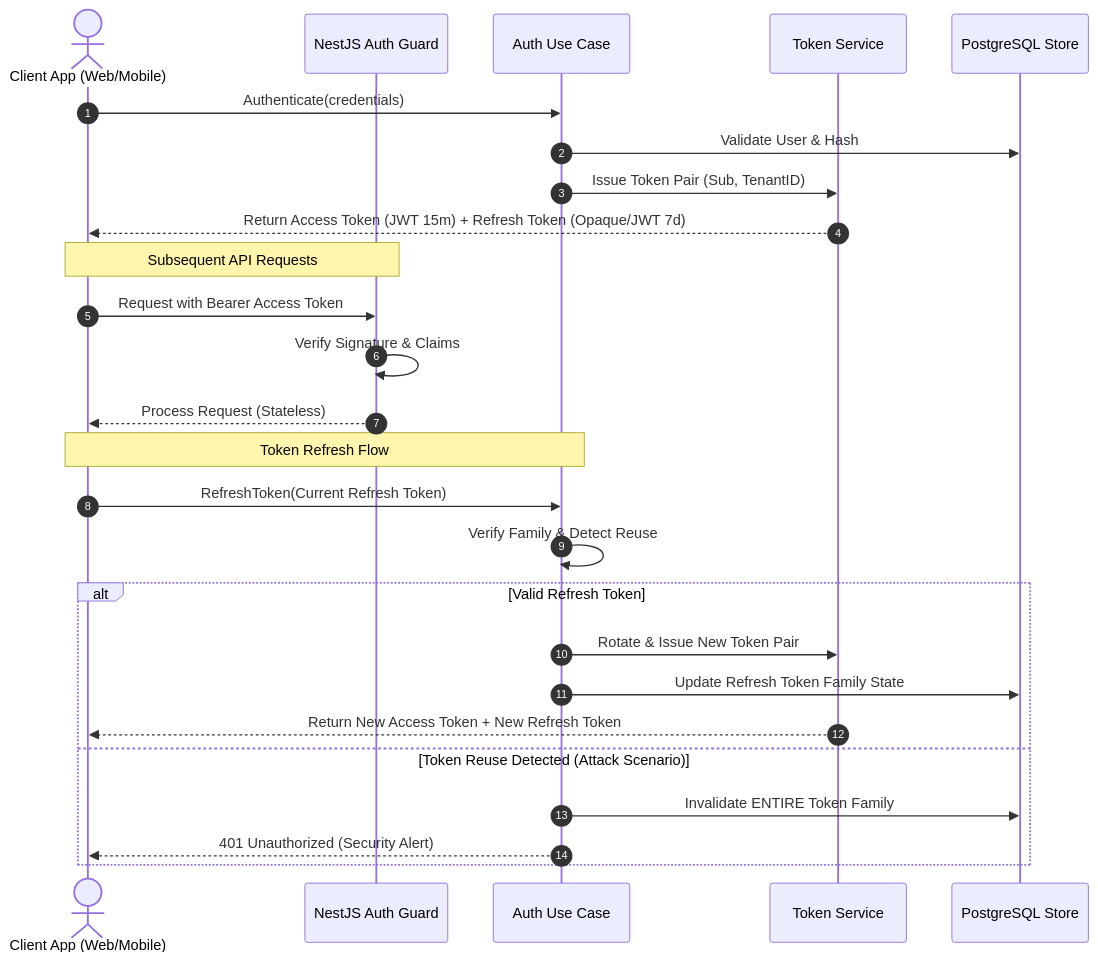
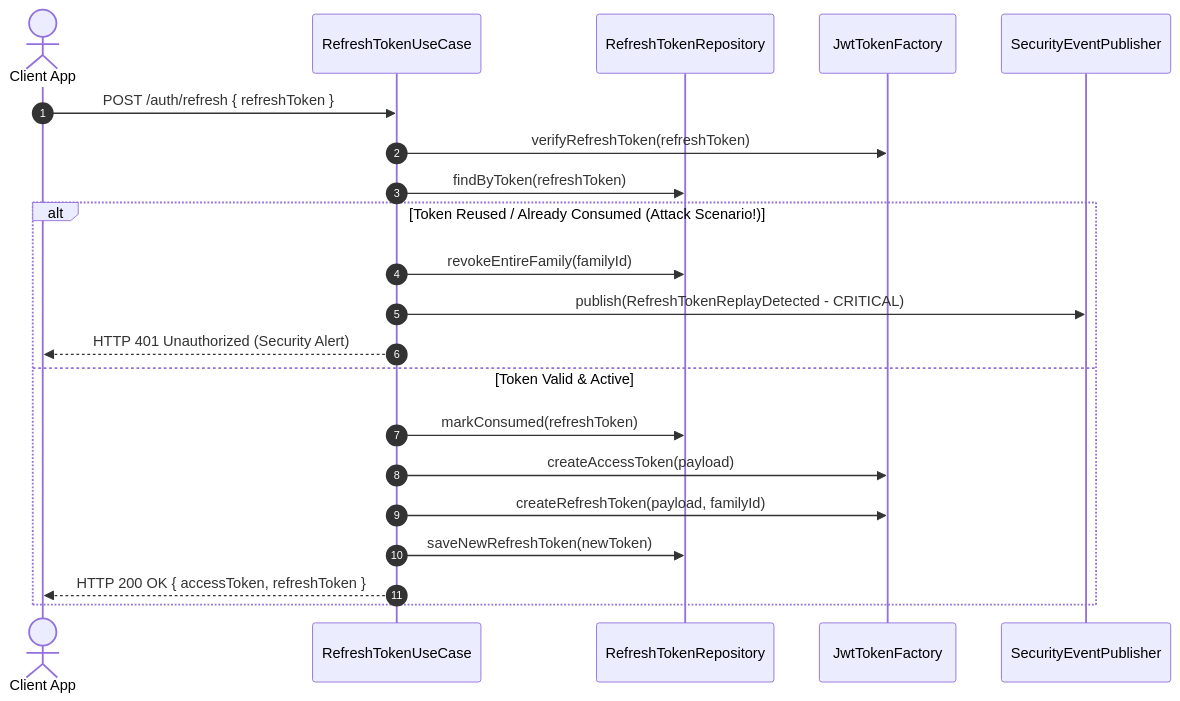
Before and after one commit to izzydin/kinergy-platform: the third of 3 diagrams in docs/security/authentication.md, drawn with Mermaid. The commit also changed other lines of this file, not shown here.

Commit message:
docs(auth): update authentication documentation

````diff
--- a/docs/security/authentication.md
+++ b/docs/security/authentication.md
@@ -20,31 +111,24 @@
 ```mermaid
 sequenceDiagram
     autonumber
-    actor Client as Client App (Web/Mobile)
-    participant AuthGuard as NestJS Auth Guard
-    participant IdentityUC as Auth Use Case
-    participant TokenService as Token Service
-    participant DB as PostgreSQL Store
+    actor Client as Client App
+    participant UC as RefreshTokenUseCase
+    participant DB as RefreshTokenRepository
+    participant Factory as JwtTokenFactory
+    participant Event as SecurityEventPublisher
 
-    Client->>IdentityUC: Authenticate(credentials)
-    IdentityUC->>DB: Validate User & Hash
-    IdentityUC->>TokenService: Issue Token Pair (Sub, TenantID)
-    TokenService-->>Client: Return Access Token (JWT 15m) + Refresh Token (Opaque/JWT 7d)
-
-    Note over Client, AuthGuard: Subsequent API Requests
-    Client->>AuthGuard: Request with Bearer Access Token
-    AuthGuard->>AuthGuard: Verify Signature & Claims
-    AuthGuard-->>Client: Process Request (Stateless)
-
-    Note over Client, IdentityUC: Token Refresh Flow
-    Client->>IdentityUC: RefreshToken(Current Refresh Token)
-    IdentityUC->>IdentityUC: Verify Family & Detect Reuse
-    alt Valid Refresh Token
-        IdentityUC->>TokenService: Rotate & Issue New Token Pair
-        IdentityUC->>DB: Update Refresh Token Family State
-        TokenService-->>Client: Return New Access Token + New Refresh Token
-    else Token Reuse Detected (Attack Scenario)
-        IdentityUC->>DB: Invalidate ENTIRE Token Family
-        IdentityUC-->>Client: 401 Unauthorized (Security Alert)
+    Client->>UC: POST /auth/refresh { refreshToken }
+    UC->>Factory: verifyRefreshToken(refreshToken)
+    UC->>DB: findByToken(refreshToken)
+    alt Token Reused / Already Consumed (Attack Scenario!)
+        UC->>DB: revokeEntireFamily(familyId)
+        UC->>Event: publish(RefreshTokenReplayDetected - CRITICAL)
+        UC-->>Client: HTTP 401 Unauthorized (Security Alert)
+    else Token Valid & Active
+        UC->>DB: markConsumed(refreshToken)
+        UC->>Factory: createAccessToken(payload)
+        UC->>Factory: createRefreshToken(payload, familyId)
+        UC->>DB: saveNewRefreshToken(newToken)
+        UC-->>Client: HTTP 200 OK { accessToken, refreshToken }
     end
 ```
````
